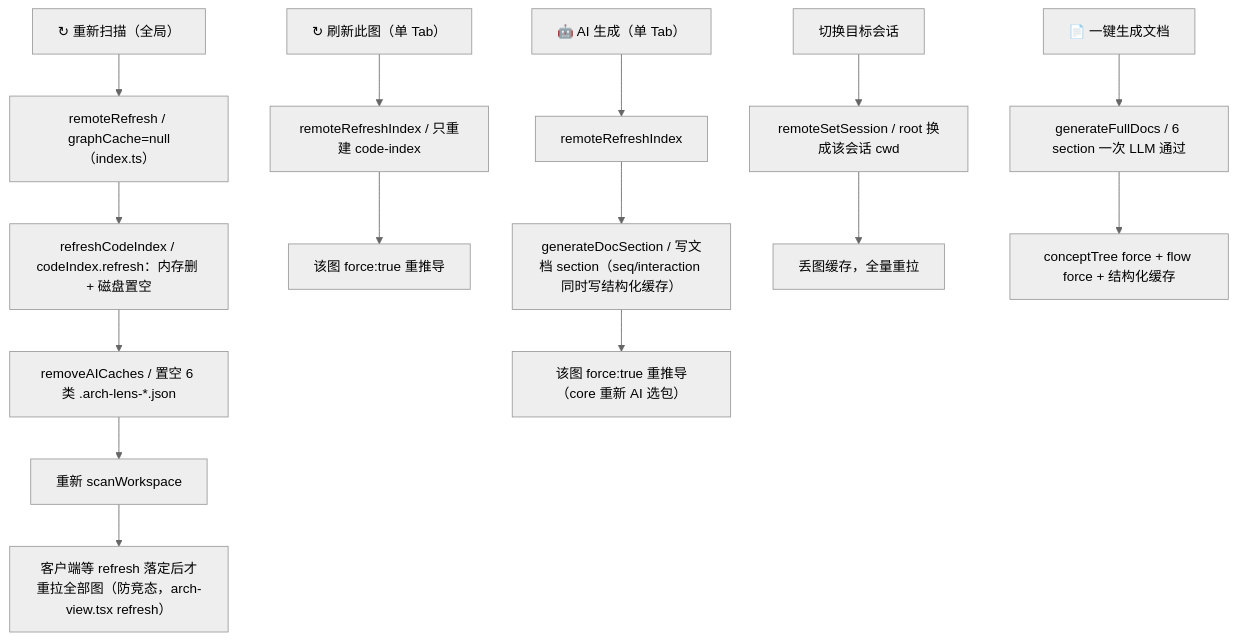
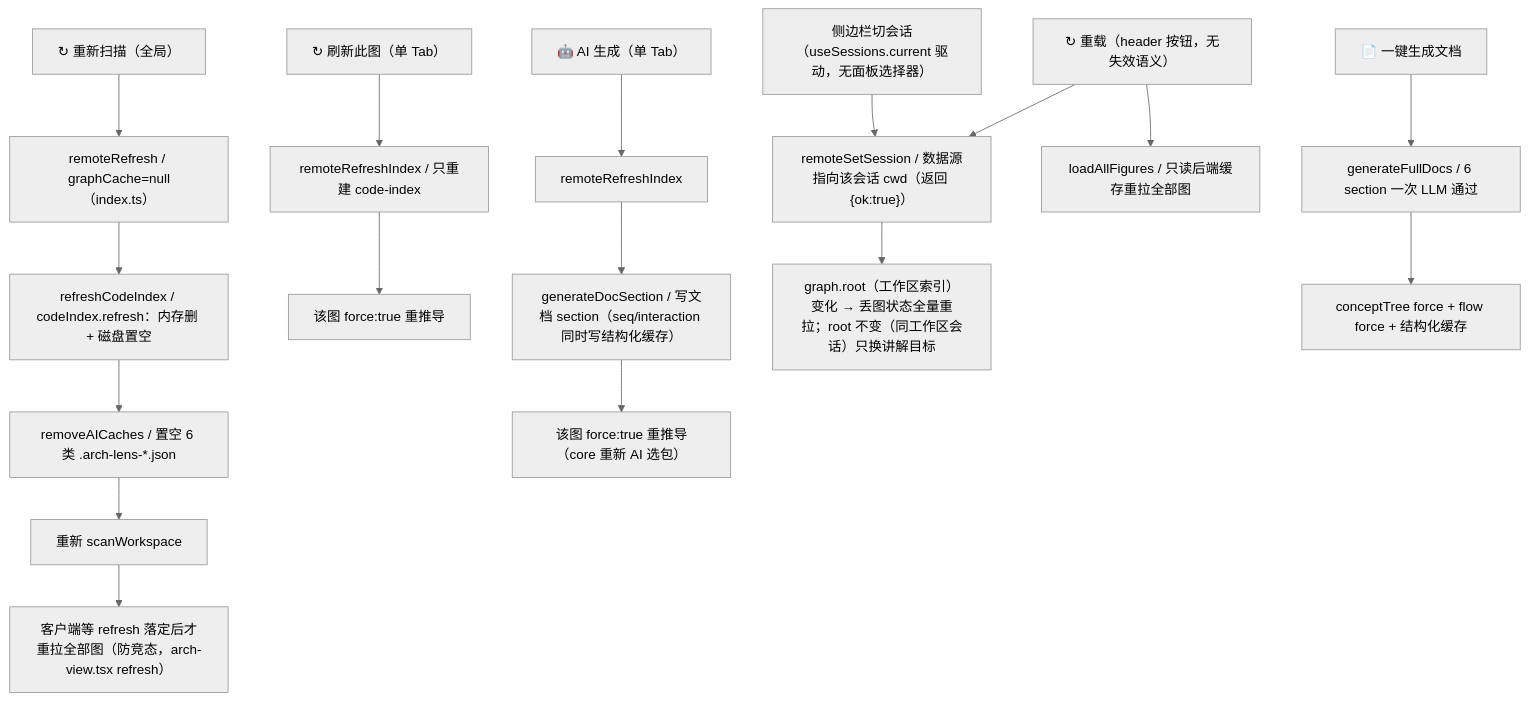
One commit to gwj001/arch-lens changed the fifth of 6 diagrams in docs/arch-lens-diagrams.md. Above: the diagram before and after it, drawn with Mermaid (neutral theme). The commit also changed 51 other files, not shown here.

First line of the commit message:
feat: flat packages layout support, sidebar-driven target session, reload button; fix code-index tsconfigs

````diff
--- a/docs/arch-lens-diagrams.md
+++ b/docs/arch-lens-diagrams.md
@@ -157,17 +157,19 @@
 ```mermaid
 flowchart TD
     RESCAN["↻ 重新扫描（全局）"] --> B1["remoteRefresh / graphCache=null（index.ts）"]
     B1 --> B2["refreshCodeIndex / codeIndex.refresh：内存删 + 磁盘置空"]
     B2 --> B3["removeAICaches / 置空 6 类 .arch-lens-*.json"]
     B3 --> B4["重新 scanWorkspace"]
     B4 --> B5["客户端等 refresh 落定后才重拉全部图（防竞态，arch-view.tsx refresh）"]
     REFRESHTAB["↻ 刷新此图（单 Tab）"] --> C1["remoteRefreshIndex / 只重建 code-index"]
     C1 --> C2["该图 force:true 重推导"]
     AIGEN["🤖 AI 生成（单 Tab）"] --> D1["remoteRefreshIndex"]
     D1 --> D2["generateDocSection / 写文档 section（seq/interaction 同时写结构化缓存）"]
     D2 --> D3["该图 force:true 重推导（core 重新 AI 选包）"]
-    SETSESS["切换目标会话"] --> E1["remoteSetSession / root 换成该会话 cwd"]
-    E1 --> E2["丢图缓存，全量重拉"]
+    FOLLOW["侧边栏切会话（useSessions.current 驱动，无面板选择器）"] --> E1["remoteSetSession / 数据源指向该会话 cwd（返回 {ok:true}）"]
+    E1 --> E2["graph.root（工作区索引）变化 → 丢图状态全量重拉；root 不变（同工作区会话）只换讲解目标"]
+    RELOAD["↻ 重载（header 按钮，无失效语义）"] --> E1
+    RELOAD --> E3["loadAllFigures / 只读后端缓存重拉全部图"]
     DOCS["📄 一键生成文档"] --> G1["generateFullDocs / 6 section 一次 LLM 通过"]
     G1 --> G2["conceptTree force + flow force + 结构化缓存"]
 ```
````
